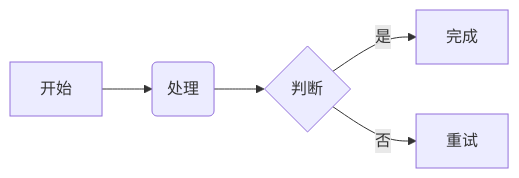
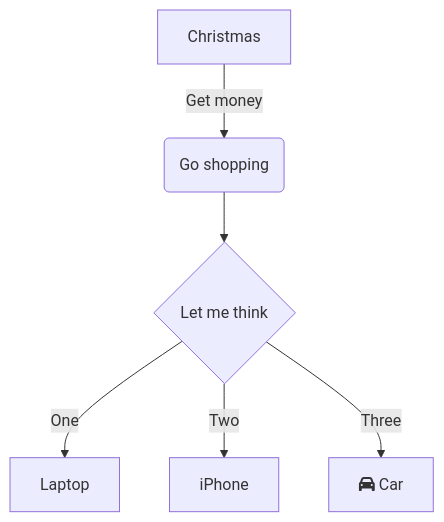
One commit to Dionysen/Tydora changed the first of 14 diagrams in website/docs/02-编辑器/05-Mermaid图表.md. Above: the diagram before and after it, drawn with Mermaid. The commit also changed other lines of this file and 14 other files, not shown here.

````diff
--- a/website/docs/02-编辑器/05-Mermaid图表.md
+++ b/website/docs/02-编辑器/05-Mermaid图表.md
@@ -30,7 +28,8 @@
 ```mermaid
-graph LR
-    A[开始] --> B(处理)
-    B --> C{判断}
-    C -->|是| D[完成]
-    C -->|否| E[重试]
+flowchart TD
+    A[Christmas] -->|Get money| B(Go shopping)
+    B --> C{Let me think}
+    C -->|One| D[Laptop]
+    C -->|Two| E[iPhone]
+    C -->|Three| F[fa:fa-car Car]
 ```
````
